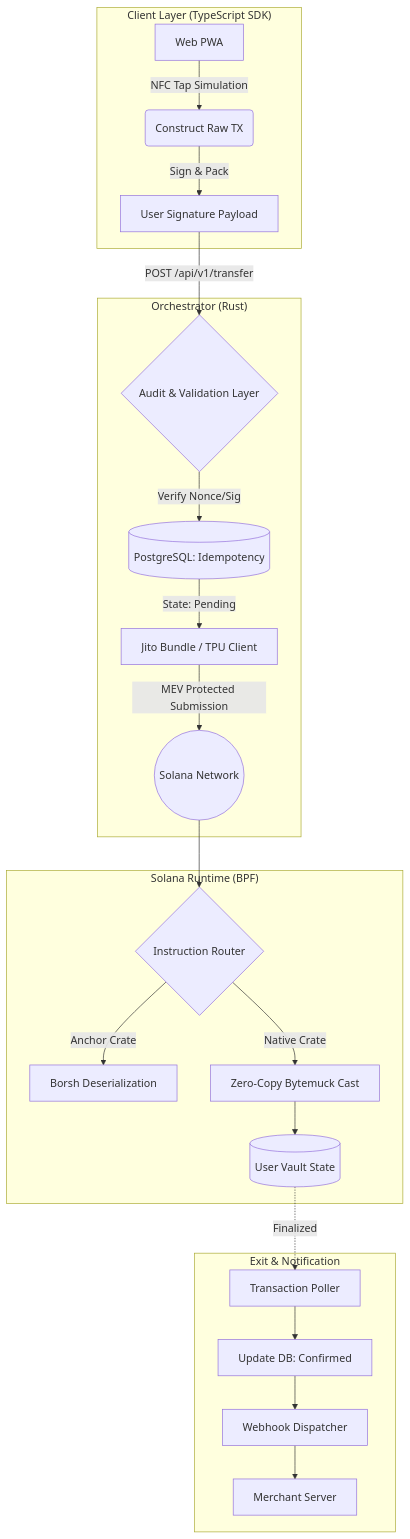
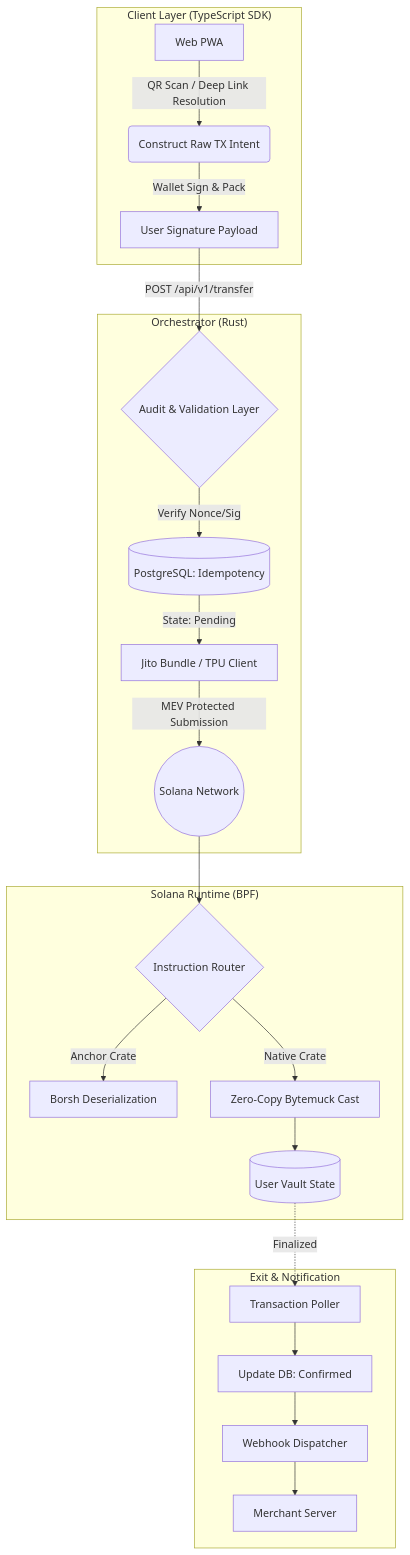
Before and after one commit to sks006/stablecoin_payment_system: the first of 3 diagrams in README.md, drawn with Mermaid. The commit also changed other lines of this file, not shown here.

````diff
--- a/README.md
+++ b/README.md
@@ -18,29 +20,30 @@
 ```mermaid
 flowchart TD
     subgraph Client ["Client Layer (TypeScript SDK)"]
-        A[Web PWA] -->|NFC Tap Simulation| B(Construct Raw TX)
-        B -->|Sign & Pack| C[User Signature Payload]
+        A[Web PWA] -->|QR Scan / Deep Link Resolution| B(Construct Raw TX Intent)
+        B -->|Wallet Sign & Pack| C[User Signature Payload]
     end
 
     subgraph Backend ["Orchestrator (Rust)"]
         C -->|POST /api/v1/transfer| D{Audit & Validation Layer}
         D -->|Verify Nonce/Sig| E[(PostgreSQL: Idempotency)]
         E -->|State: Pending| F[Jito Bundle / TPU Client]
         F -->|MEV Protected Submission| G((Solana Network))
     end
 
     subgraph OnChain ["Solana Runtime (BPF)"]
         G --> H{Instruction Router}
         H -->|Anchor Crate| I[Borsh Deserialization]
         H -->|Native Crate| J[Zero-Copy Bytemuck Cast]
         J --> K[(User Vault State)]
     end
 
     subgraph Settlement ["Exit & Notification"]
         K -.->|Finalized| L[Transaction Poller]
         L --> M[Update DB: Confirmed]
         M --> N[Webhook Dispatcher]
         N --> O[Merchant Server]
     end
 
+
 ```
````
